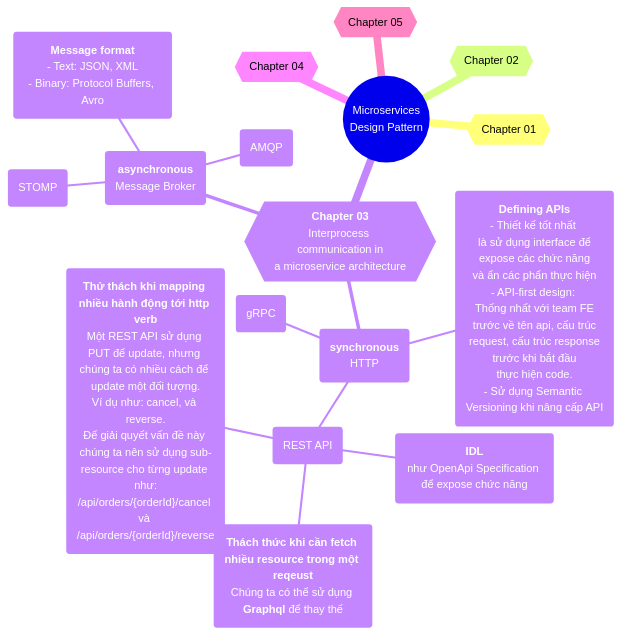
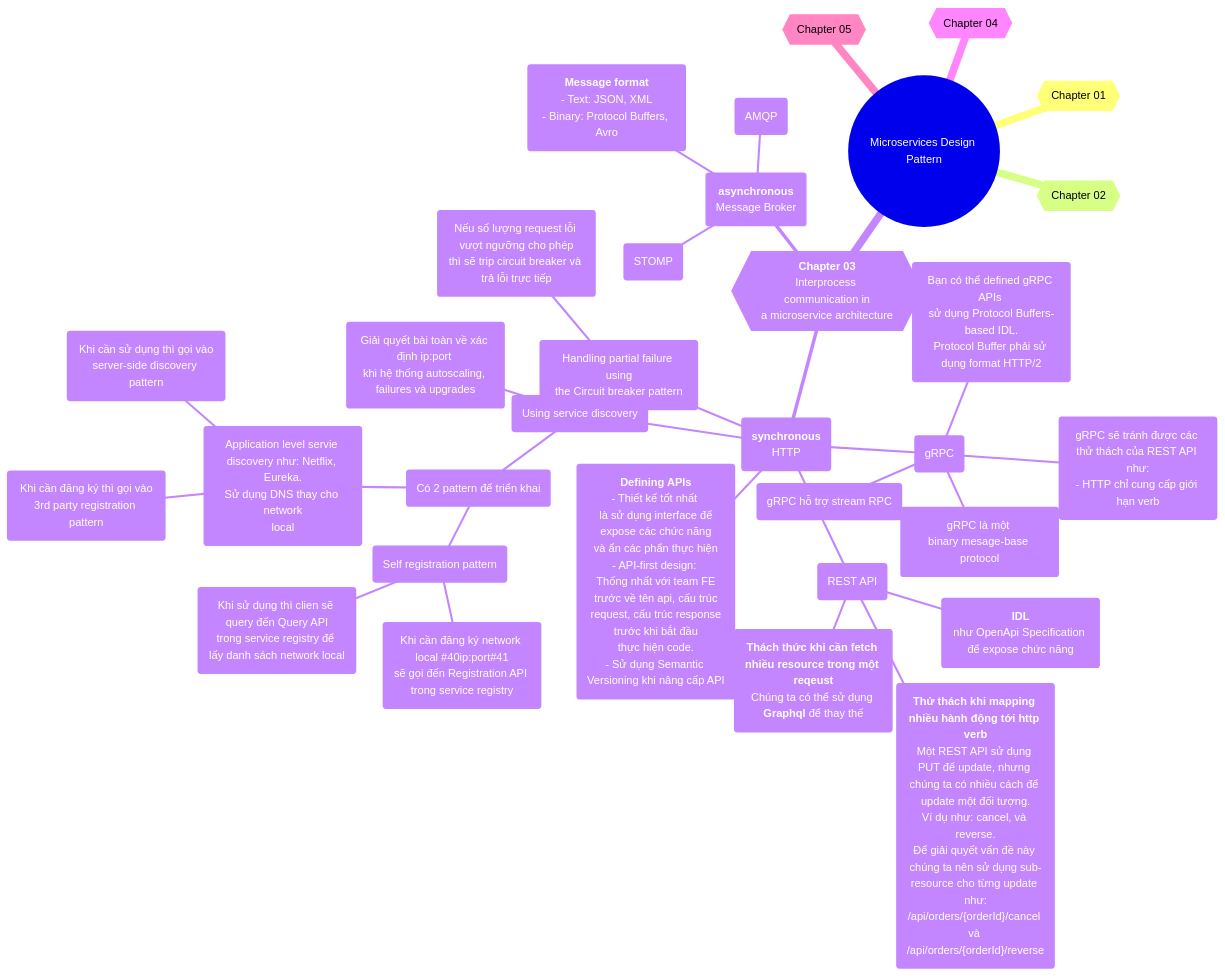
Before and after one commit to thehappycode/thehappycode.github.io: the diagram in _posts/2026-01-22-microservices-design-pattern.md, drawn with Mermaid.

Commit message:
#blog: Update 2026-01-22-microservices-design-pattern.md

````diff
--- a/_posts/2026-01-22-microservices-design-pattern.md
+++ b/_posts/2026-01-22-microservices-design-pattern.md
@@ -9,6 +9,6 @@
 ```mermaid
 mindmap
-  root((Microservices<br/>Design Pattern))
+  root((Microservices Design Pattern))
     
     {{Chapter 01}}
       
@@ -50,6 +50,45 @@
             /api/orders/#123;orderId#125;/cancel và /api/orders/#123;orderId#125;/reverse
           )
         (gRPC)
+          (gRPC sẽ tránh được các thử thách của REST API như:
+            - HTTP chỉ cung cấp giới hạn verb
+          )
+          (gRPC là một 
+            binary mesage-base protocol
+          )
+          (gRPC hỗ trợ stream RPC)
+          (Bạn có thể defined gRPC APIs 
+            sử dụng Protocol Buffers-based IDL.
+            Protocol Buffer phải sử dụng format HTTP/2
+          )
+        (Handling partial failure using
+          the Circuit breaker pattern
+        )
+          (Nếu số lượng request lỗi vượt ngưỡng cho phép
+           thì sẽ trip circuit breaker và trả lỗi trực tiếp
+          )
+        (Using service discovery)
+          (Giải quyết bài toàn về xác định ip:port 
+            khi hệ thống autoscaling, failures và upgrades
+          )
+          (Có 2 pattern để triển khai)
+            (Self registration pattern)
+              (Khi cần đăng ký network local #40ip:port#41
+               sẽ gọi đến Registration API trong service registry
+              )
+              (Khi sử dụng thì clien sẽ query đến Query API
+                trong service registry để lấy danh sách network local
+              )
+            (Application level servie discovery như: Netflix, Eureka.
+              Sử dụng DNS thay cho network
+              local
+            )
+              (Khi cần đăng ký thì gọi vào
+               3rd party registration pattern
+              )
+              (Khi cần sử dụng thì gọi vào
+               server-side discovery pattern
+              )
         
       (**asynchronous**
         Message Broker
@@ -65,5 +104,4 @@
     {{Chapter 04}}
 
     {{Chapter 05}}
-
-```                                 
+```
````
